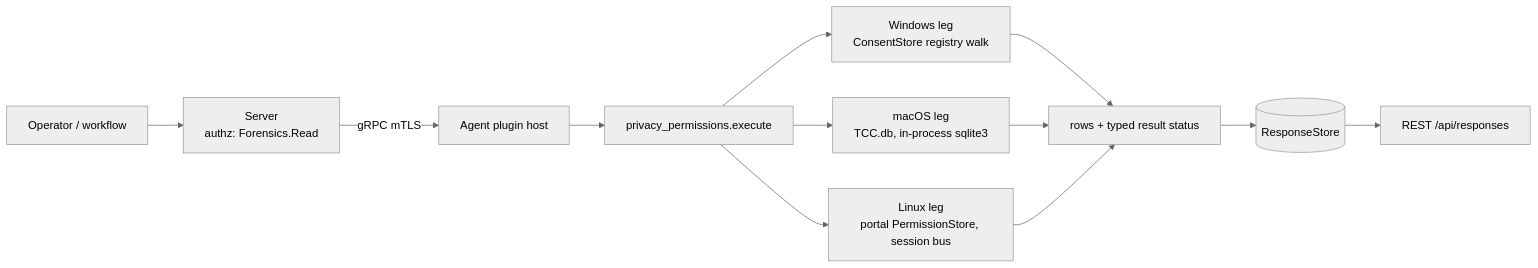
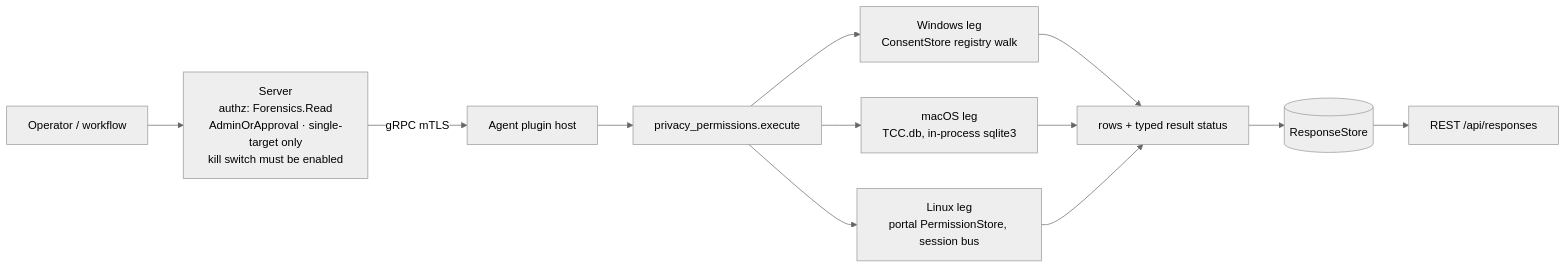
One commit to Tr3kkR/Yuzu changed the diagram in agents/plugins/privacy_permissions/README.md. Above: the diagram before and after it, drawn with Mermaid (neutral theme). The commit also changed other lines of this file and 13 other files, not shown here.

````diff
--- a/agents/plugins/privacy_permissions/README.md
+++ b/agents/plugins/privacy_permissions/README.md
@@ -23,9 +23,9 @@
 ```mermaid
 flowchart LR
-  OP[Operator / workflow] --> SRV[Server<br/>authz: Forensics.Read]
+  OP[Operator / workflow] --> SRV[Server<br/>authz: Forensics.Read<br/>AdminOrApproval · single-target only<br/>kill switch must be enabled]
   SRV -- gRPC mTLS --> HOST[Agent plugin host] --> EX[privacy_permissions.execute]
   EX --> WIN[Windows leg<br/>ConsentStore registry walk]
   EX --> MAC[macOS leg<br/>TCC.db, in-process sqlite3]
   EX --> LIN[Linux leg<br/>portal PermissionStore, session bus]
   WIN & MAC & LIN --> ROWS[rows + typed result status] --> RS[(ResponseStore)] --> API[REST /api/responses]
 ```
````
